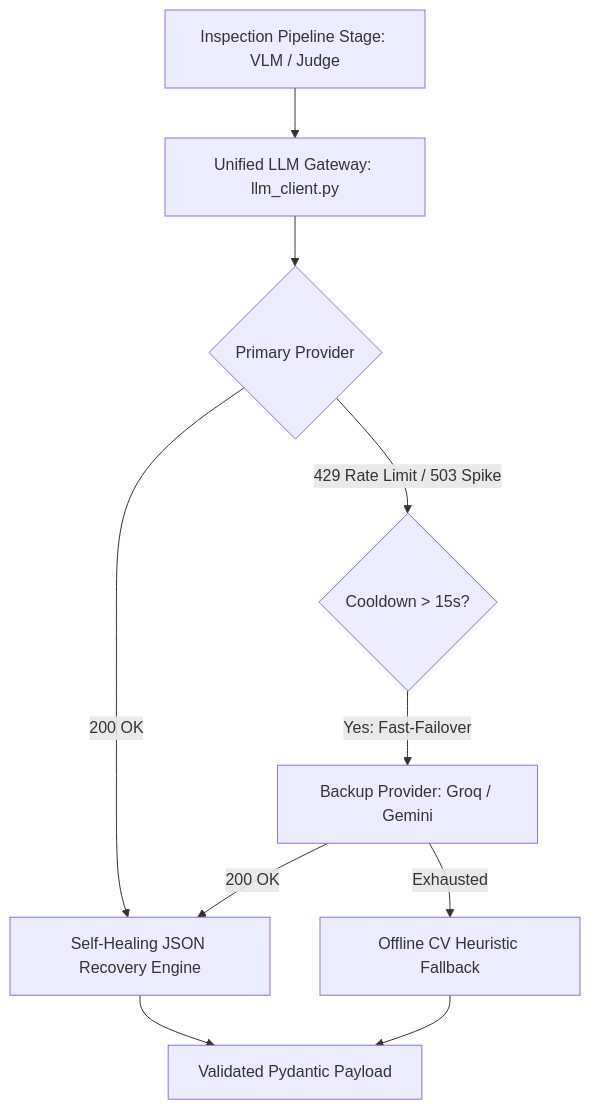
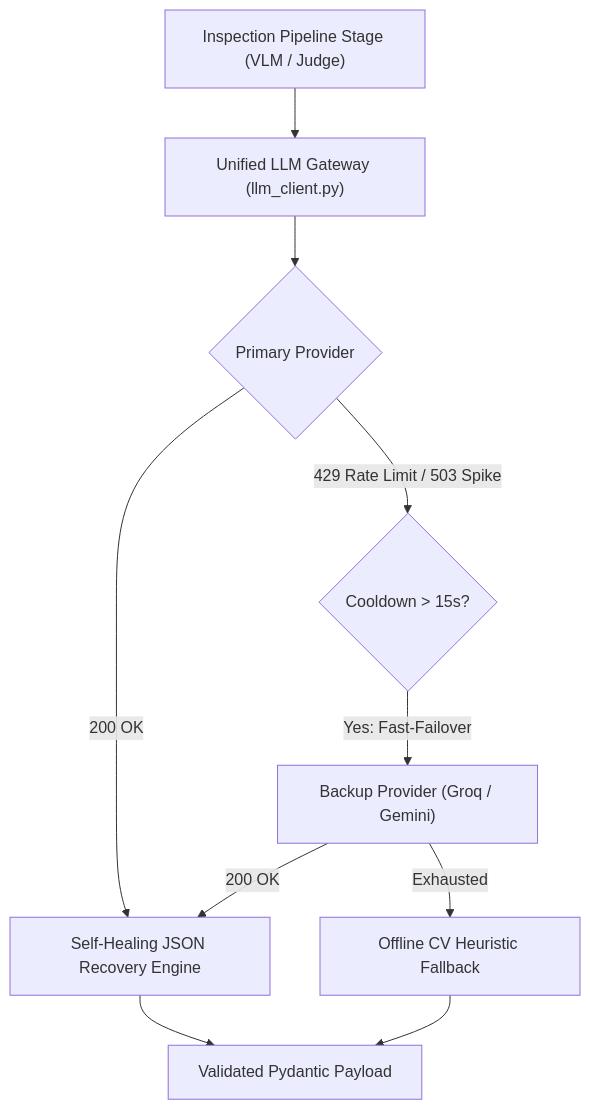
The third of 4 diagrams in README.md (Disha-1610/VisionForge), drawn with Mermaid before and after one commit. The commit also changed other lines of this file and 1 other file, not shown here.

Commit message:
docs: fix Mermaid diagram syntax and subgraph connections in README.md

````diff
--- a/README.md
+++ b/README.md
@@ -251,12 +260,12 @@
 ```mermaid
 flowchart TD
-    Req[Inspection Pipeline Stage: VLM / Judge] --> GW[Unified LLM Gateway: llm_client.py]
-    GW --> Primary{Primary Provider}
-    Primary -->|200 OK| Parse[Self-Healing JSON Recovery Engine]
-    Primary -->|429 Rate Limit / 503 Spike| Circuit{Cooldown > 15s?}
-    Circuit -->|Yes: Fast-Failover| Backup[Backup Provider: Groq / Gemini]
-    Backup -->|200 OK| Parse
-    Backup -->|Exhausted| Offline[Offline CV Heuristic Fallback]
-    Parse --> Res[Validated Pydantic Payload]
+    Req["Inspection Pipeline Stage (VLM / Judge)"] --> GW["Unified LLM Gateway (llm_client.py)"]
+    GW --> Primary{"Primary Provider"}
+    Primary -->|"200 OK"| Parse["Self-Healing JSON Recovery Engine"]
+    Primary -->|"429 Rate Limit / 503 Spike"| Circuit{"Cooldown > 15s?"}
+    Circuit -->|"Yes: Fast-Failover"| Backup["Backup Provider (Groq / Gemini)"]
+    Backup -->|"200 OK"| Parse
+    Backup -->|"Exhausted"| Offline["Offline CV Heuristic Fallback"]
+    Parse --> Res["Validated Pydantic Payload"]
     Offline --> Res
 ```
````
